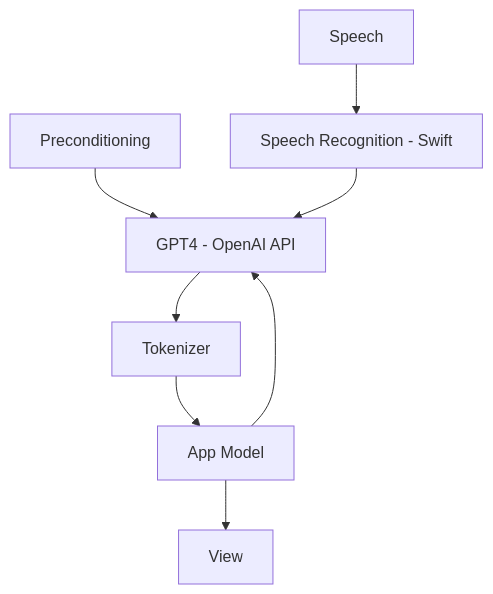
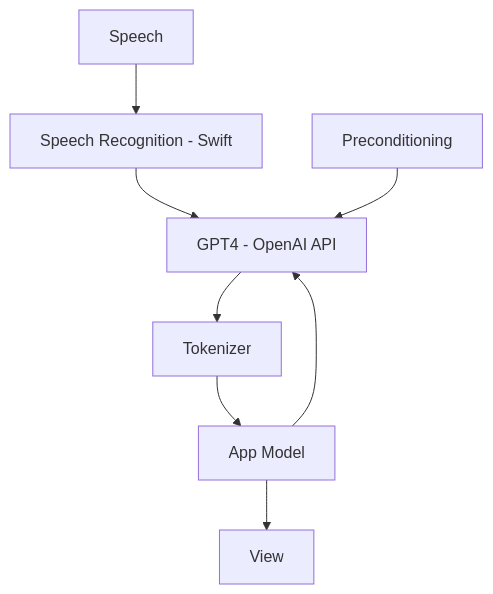
Before and after one commit to AdinAck/AccessAbility: the diagram in README.md, drawn with Mermaid. The commit also changed other lines of this file, not shown here.

````diff
--- a/README.md
+++ b/README.md
@@ -12,10 +12,10 @@
 ```mermaid
 flowchart TD
     A[Speech] --> B[Speech Recognition - Swift]
+    B --> D[GPT4 - OpenAI API]
     C[Preconditioning] --> D
-    B --> D[GPT4 - OpenAI API]
     D --> E[Tokenizer]
     E --> F[App Model]
     F --> D
     F --> G[View]
 ```
````
